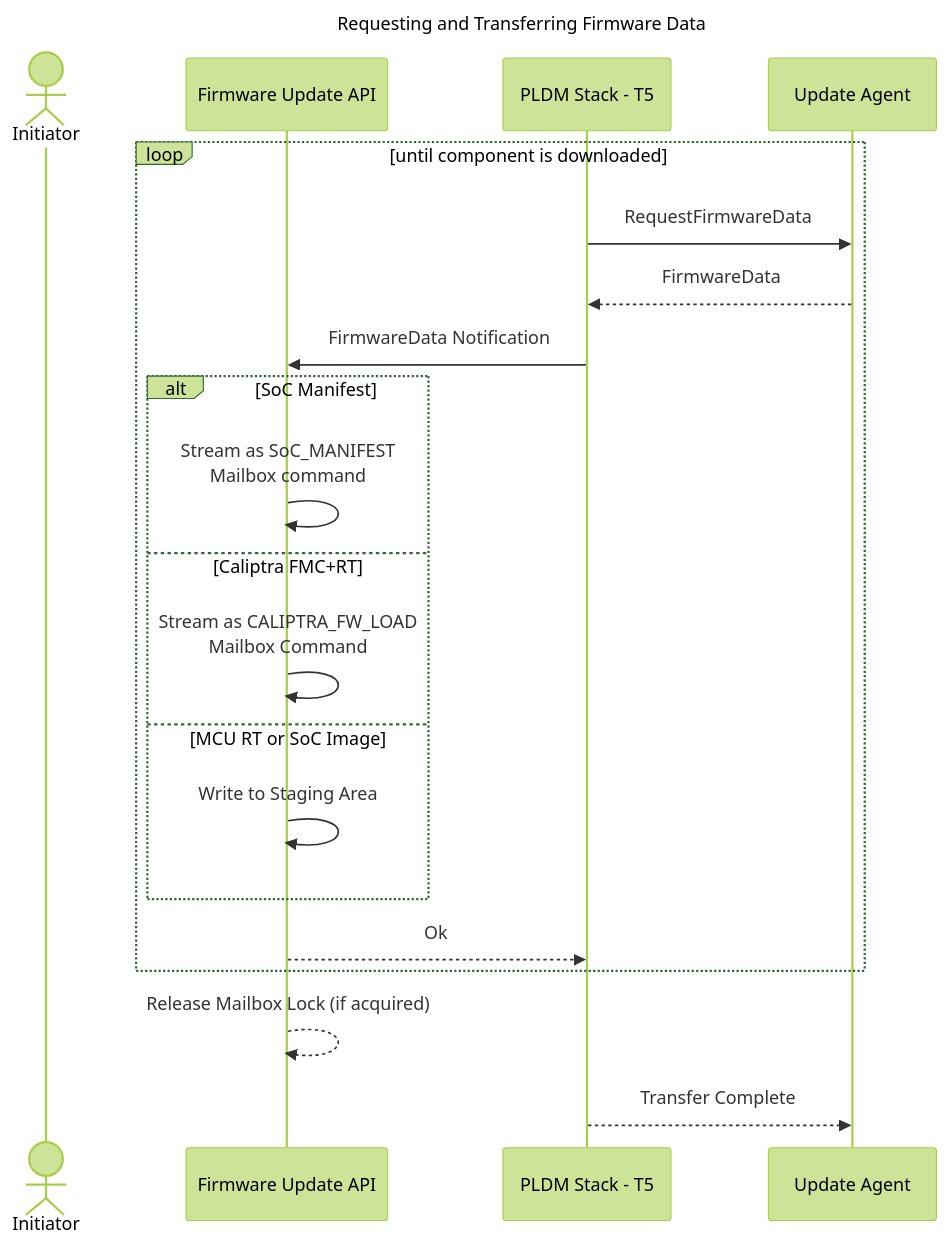
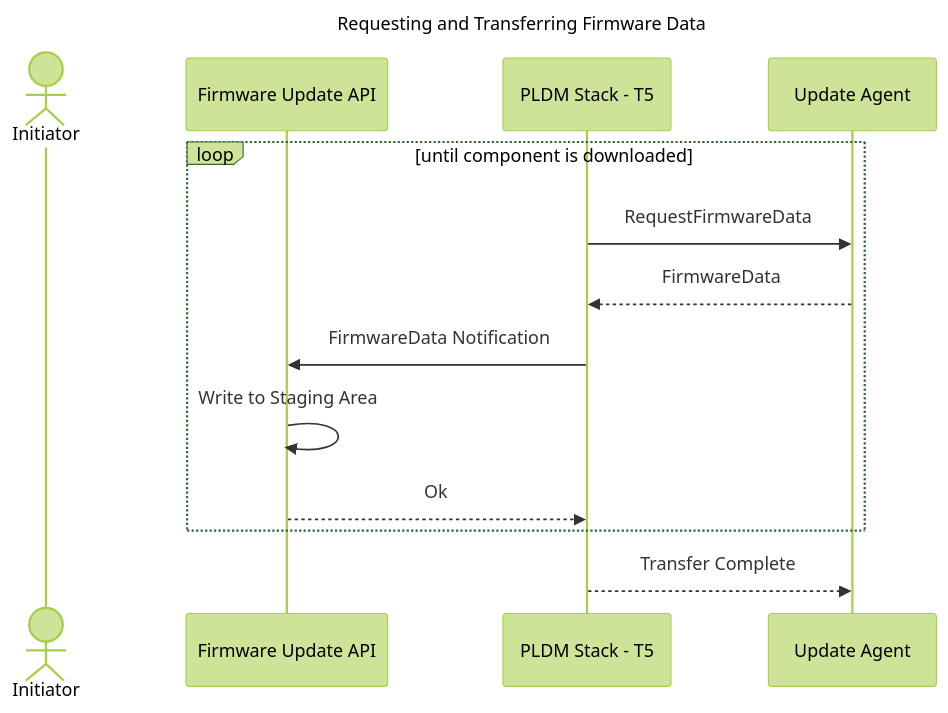
The sixth of 9 diagrams in docs/src/firmware_update.md (chipsalliance/caliptra-mcu-sw), drawn with Mermaid (forest theme) before and after one commit. The commit also changed other lines of this file, not shown here.

````diff
--- a/docs/src/firmware_update.md
+++ b/docs/src/firmware_update.md
@@ -117,28 +110,19 @@
 ```mermaid
 sequenceDiagram
     title Requesting and Transferring Firmware Data
 
     actor App as Initiator
     participant API as Firmware Update API
     participant Firmware as PLDM Stack - T5
     participant PLDM as Update Agent
 
     loop until component is downloaded
         Firmware->>PLDM: RequestFirmwareData
         PLDM-->>Firmware: FirmwareData
         Firmware->>API: FirmwareData Notification
-
-        alt SoC Manifest
-            API->>API: Stream as SoC_MANIFEST<br/>Mailbox command
-        else Caliptra FMC+RT
-            API->>API: Stream as CALIPTRA_FW_LOAD<br/>Mailbox Command
-        else MCU RT or SoC Image
-            API->>API: Write to Staging Area
-        end
+        API->>API: Write to Staging Area
         API-->>Firmware: Ok
     end
 
-    API-->>API: Release Mailbox Lock (if acquired)
-
     Firmware-->>PLDM: Transfer Complete
 ```
````
